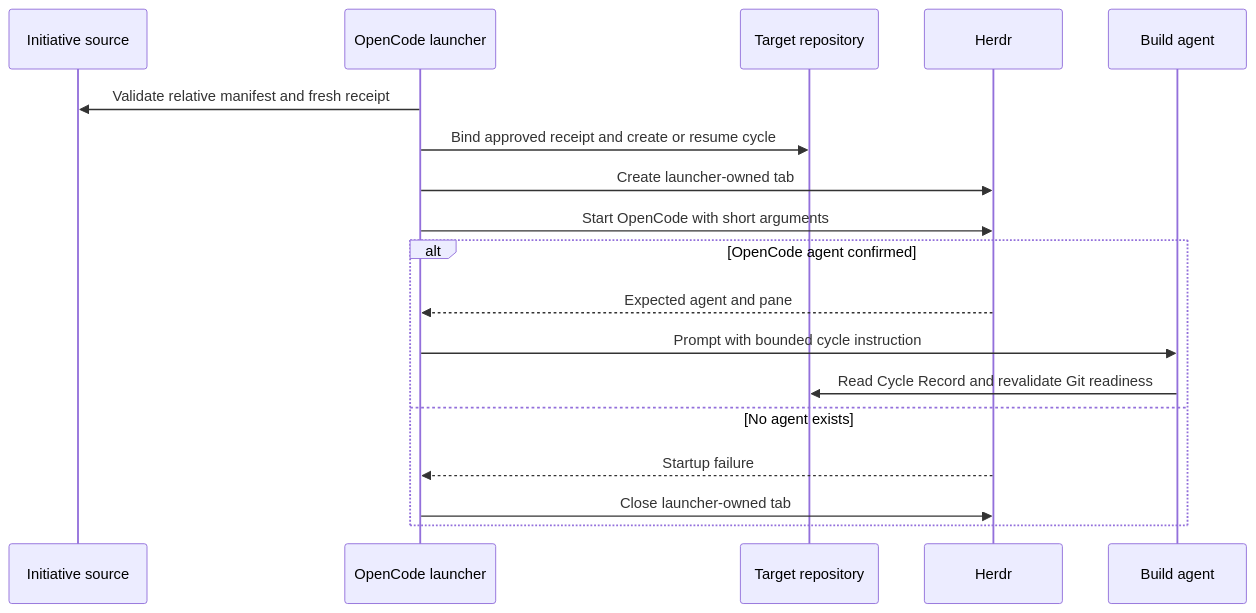
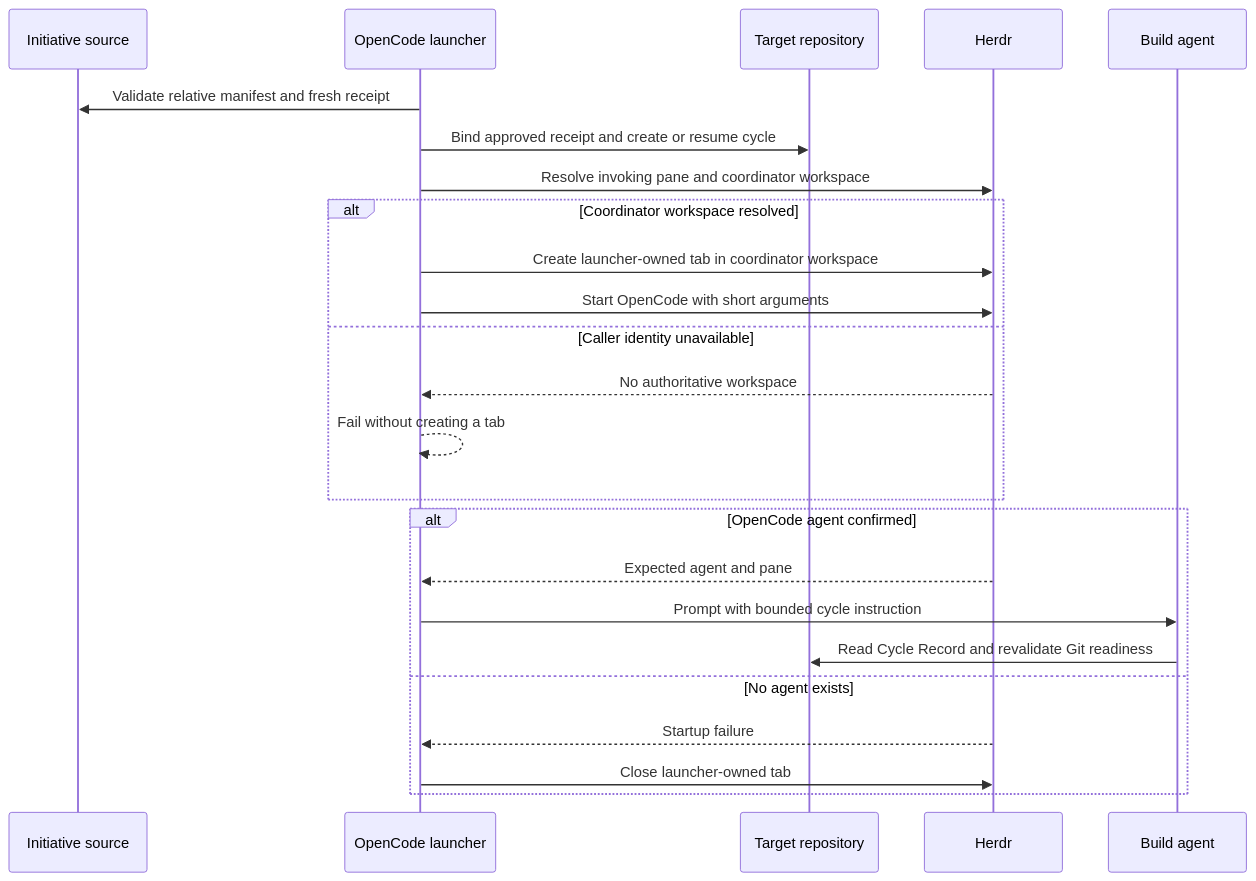
One commit to Saltiola7/dotfiles-ai changed the diagram in docs/specs/opencode_control_plane/features/initiative-launch-atomicity.md. Above: the diagram before and after it, drawn with Mermaid. The commit also changed other lines of this file and 3 other files, not shown here.

Commit message:
fix(opencode): bind launches to caller workspace

````diff
--- a/docs/specs/opencode_control_plane/features/initiative-launch-atomicity.md
+++ b/docs/specs/opencode_control_plane/features/initiative-launch-atomicity.md
@@ -106,22 +155,28 @@
 ```mermaid
 sequenceDiagram
     accTitle: Atomic cross-checkout Initiative launch
-    accDescr: The launcher validates a repository-relative manifest in the coordinator checkout, binds it to a cycle in the target repository, starts OpenCode with a short shell command, and either prompts the confirmed agent or closes an unowned failed tab.
+    accDescr: The launcher validates a repository-relative manifest in the coordinator checkout, binds it to a cycle in the target repository, resolves the invoking Herdr workspace, starts OpenCode there with a short shell command, and either prompts the confirmed agent or closes an unowned failed tab.
     participant S as Initiative source
     participant L as OpenCode launcher
     participant T as Target repository
     participant H as Herdr
     participant B as Build agent
     L->>S: Validate relative manifest and fresh receipt
     L->>T: Bind approved receipt and create or resume cycle
-    L->>H: Create launcher-owned tab
-    L->>H: Start OpenCode with short arguments
+    L->>H: Resolve invoking pane and coordinator workspace
+    alt Coordinator workspace resolved
+        L->>H: Create launcher-owned tab in coordinator workspace
+        L->>H: Start OpenCode with short arguments
+    else Caller identity unavailable
+        H-->>L: No authoritative workspace
+        L-->>L: Fail without creating a tab
+    end
     alt OpenCode agent confirmed
         H-->>L: Expected agent and pane
         L->>B: Prompt with bounded cycle instruction
         B->>T: Read Cycle Record and revalidate Git readiness
     else No agent exists
         H-->>L: Startup failure
         L->>H: Close launcher-owned tab
     end
 ```
````
